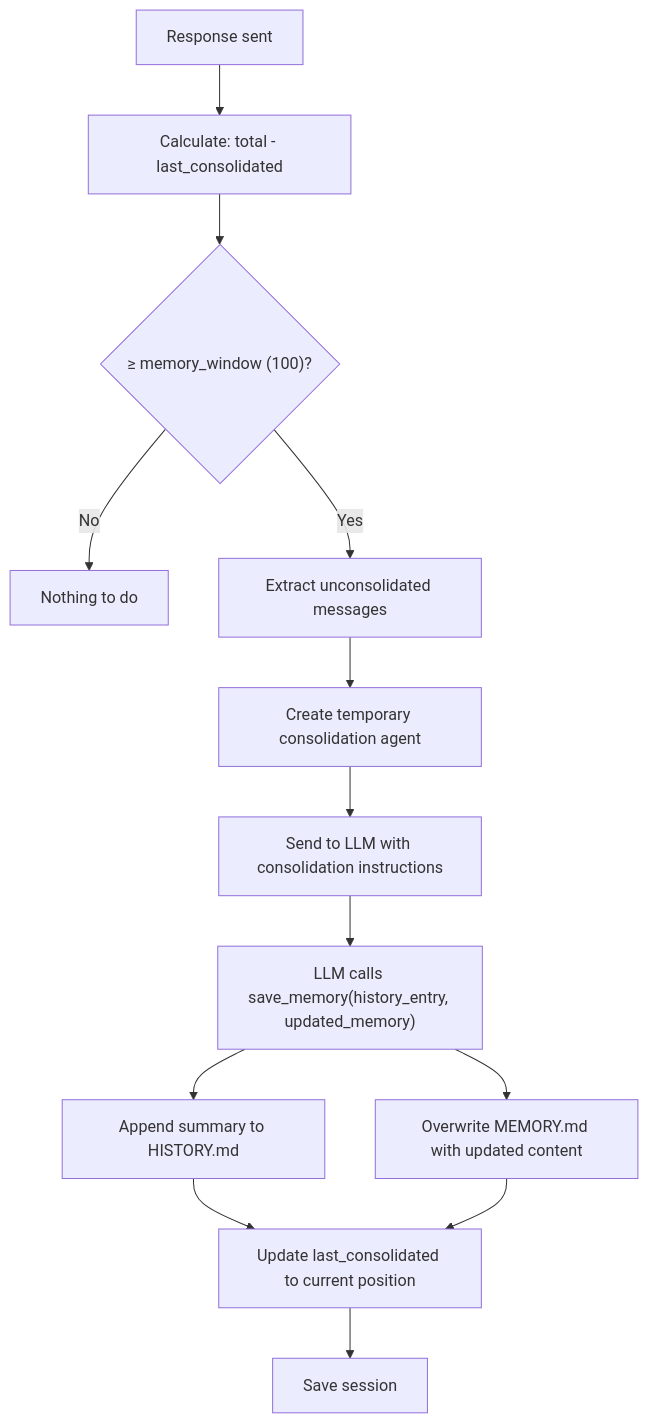
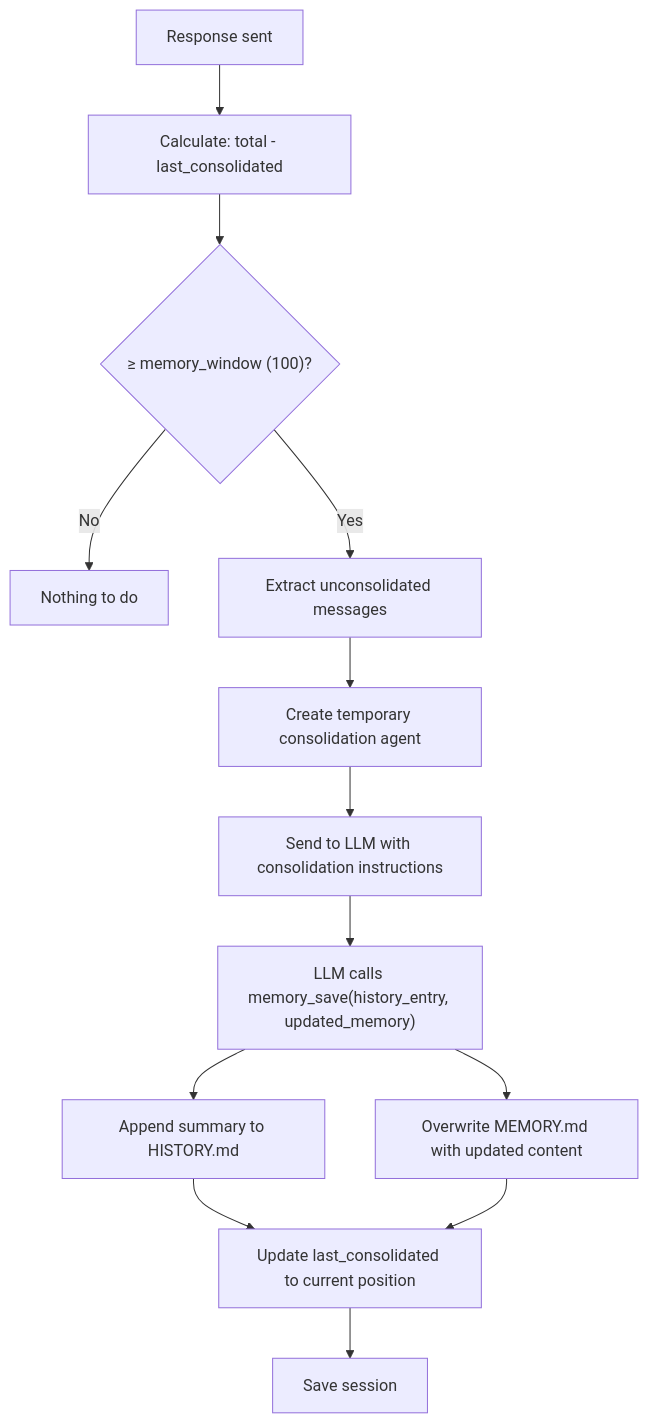
Before and after one commit to openbotx/openbotx: the tenth of 19 diagrams in docs/flow.md, drawn with Mermaid. The commit also changed other lines of this file and 29 other files, not shown here.

````diff
--- a/docs/flow.md
+++ b/docs/flow.md
@@ -1137,15 +1138,15 @@
 ```mermaid
 graph TD
     A[Response sent] --> B["Calculate: total - last_consolidated"]
     B --> C{"≥ memory_window (100)?"}
     C -->|No| D[Nothing to do]
     C -->|Yes| E[Extract unconsolidated messages]
     E --> F[Create temporary consolidation agent]
     F --> G[Send to LLM with consolidation instructions]
-    G --> H["LLM calls save_memory(history_entry, updated_memory)"]
+    G --> H["LLM calls memory_save(history_entry, updated_memory)"]
     H --> I["Append summary to HISTORY.md"]
     H --> J["Overwrite MEMORY.md with updated content"]
     I --> K["Update last_consolidated to current position"]
     J --> K
     K --> L[Save session]
 ```
````
